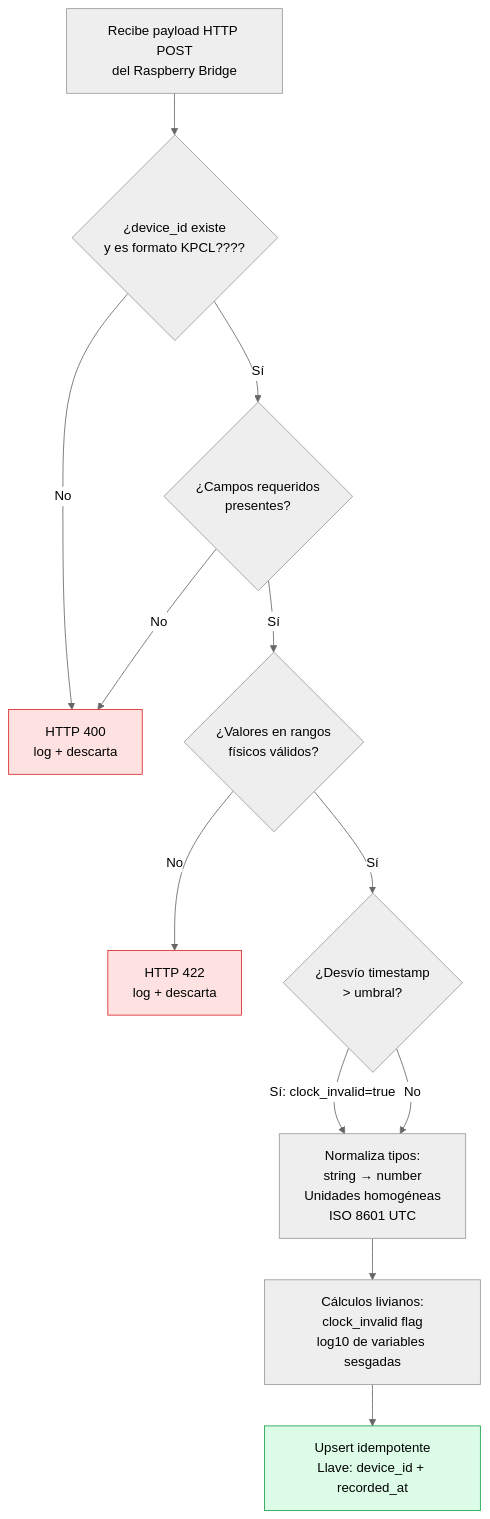
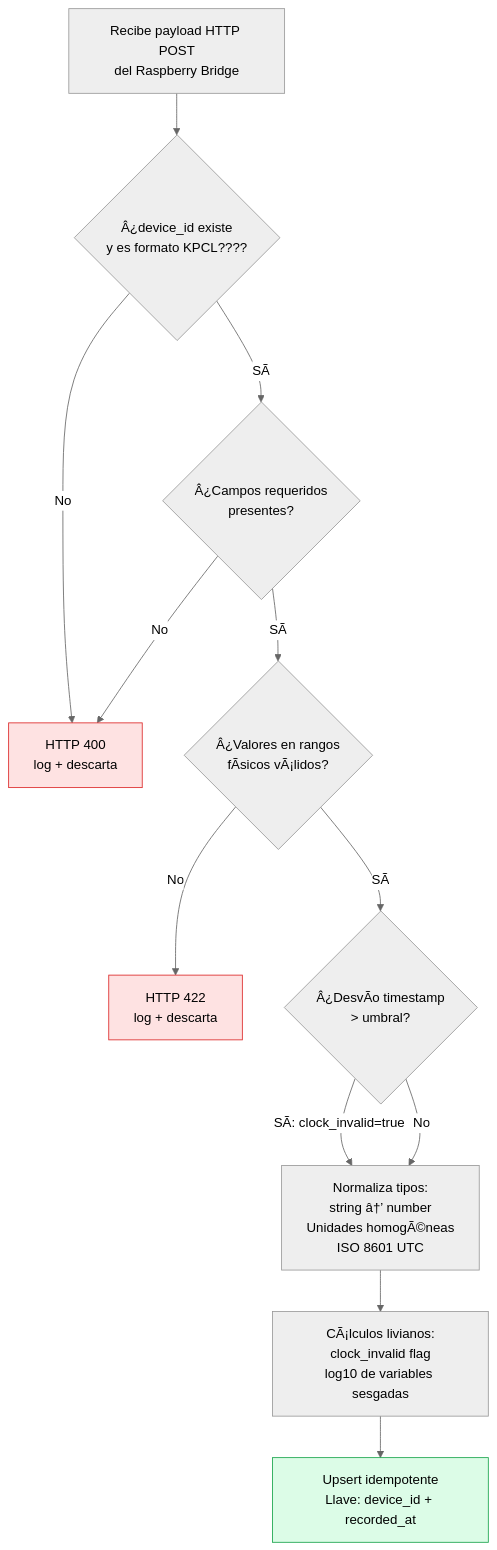
One commit to kittypau-mascotas/kittypau_2026 changed the third of 6 diagrams in Docs/KittyPau_Arquitectura_Datos_v3.md. Above: the diagram before and after it, drawn with Mermaid (neutral theme). The commit also changed other lines of this file and 6 other files, not shown here.

````diff
--- a/Docs/KittyPau_Arquitectura_Datos_v3.md
+++ b/Docs/KittyPau_Arquitectura_Datos_v3.md
@@ -202,29 +204,29 @@
 ```mermaid
 flowchart TD
     RECV[Recibe payload HTTP POST\ndel Raspberry Bridge]
-    V1{¿device_id existe\ny es formato KPCL????}
-    V2{¿Campos requeridos\npresentes?}
-    V3{¿Valores en rangos\nfísicos válidos?}
-    V4{¿Desvío timestamp\n> umbral?}
-    N1[Normaliza tipos:\nstring → number\nUnidades homogéneas\nISO 8601 UTC]
-    CALC[Cálculos livianos:\nclock_invalid flag\nlog10 de variables sesgadas]
+    V1{Â¿device_id existe\ny es formato KPCL????}
+    V2{Â¿Campos requeridos\npresentes?}
+    V3{Â¿Valores en rangos\nfÃ­sicos vÃ¡lidos?}
+    V4{Â¿DesvÃ­o timestamp\n> umbral?}
+    N1[Normaliza tipos:\nstring â†’ number\nUnidades homogÃ©neas\nISO 8601 UTC]
+    CALC[CÃ¡lculos livianos:\nclock_invalid flag\nlog10 de variables sesgadas]
     UPSERT[Upsert idempotente\nLlave: device_id + recorded_at]
     ERR_400[HTTP 400\nlog + descarta]
     ERR_422[HTTP 422\nlog + descarta]
 
     RECV --> V1
     V1 -->|No| ERR_400
-    V1 -->|Sí| V2
+    V1 -->|SÃ­| V2
     V2 -->|No| ERR_400
-    V2 -->|Sí| V3
+    V2 -->|SÃ­| V3
     V3 -->|No| ERR_422
-    V3 -->|Sí| V4
-    V4 -->|Sí: clock_invalid=true| N1
+    V3 -->|SÃ­| V4
+    V4 -->|SÃ­: clock_invalid=true| N1
     V4 -->|No| N1
     N1 --> CALC
     CALC --> UPSERT
 
     style ERR_400 fill:#fee2e2,stroke:#dc2626
     style ERR_422 fill:#fee2e2,stroke:#dc2626
     style UPSERT fill:#dcfce7,stroke:#16a34a
 ```
````
